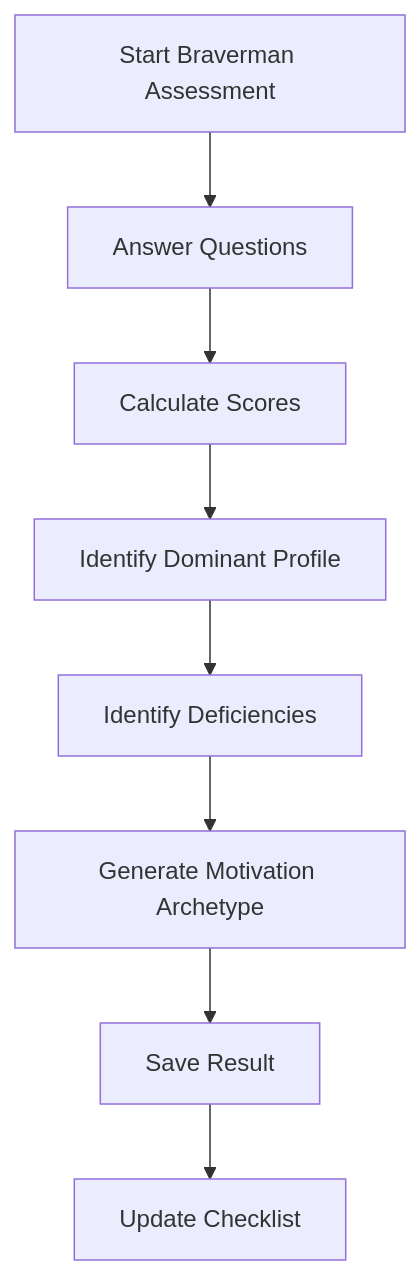
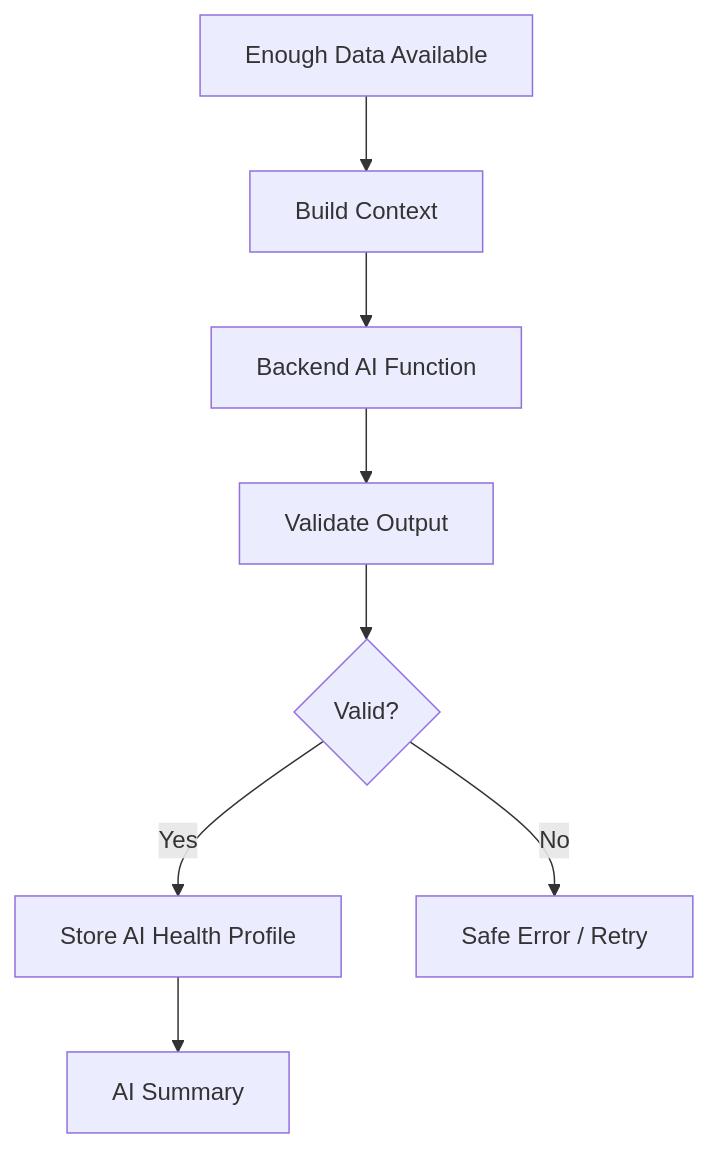
Before and after one commit to Yaroslavkukin/HealthCoach: the ninth of 20 diagrams in docs/USER_FLOW.md, drawn with Mermaid. The commit also changed other lines of this file and 20 other files, not shown here.

````diff
--- a/docs/USER_FLOW.md
+++ b/docs/USER_FLOW.md
@@ -584,10 +338,10 @@
 ```mermaid
 flowchart TD
-    A[Start Braverman Assessment] --> B[Answer Questions]
-    B --> C[Calculate Scores]
-    C --> D[Identify Dominant Profile]
-    D --> E[Identify Deficiencies]
-    E --> F[Generate Motivation Archetype]
-    F --> G[Save Result]
-    G --> H[Update Checklist]
+    A[Enough Data Available] --> B[Build Context]
+    B --> C[Backend AI Function]
+    C --> D[Validate Output]
+    D --> E{Valid?}
+    E -->|Yes| F[Store AI Health Profile]
+    E -->|No| G[Safe Error / Retry]
+    F --> H[AI Summary]
 ```
````
